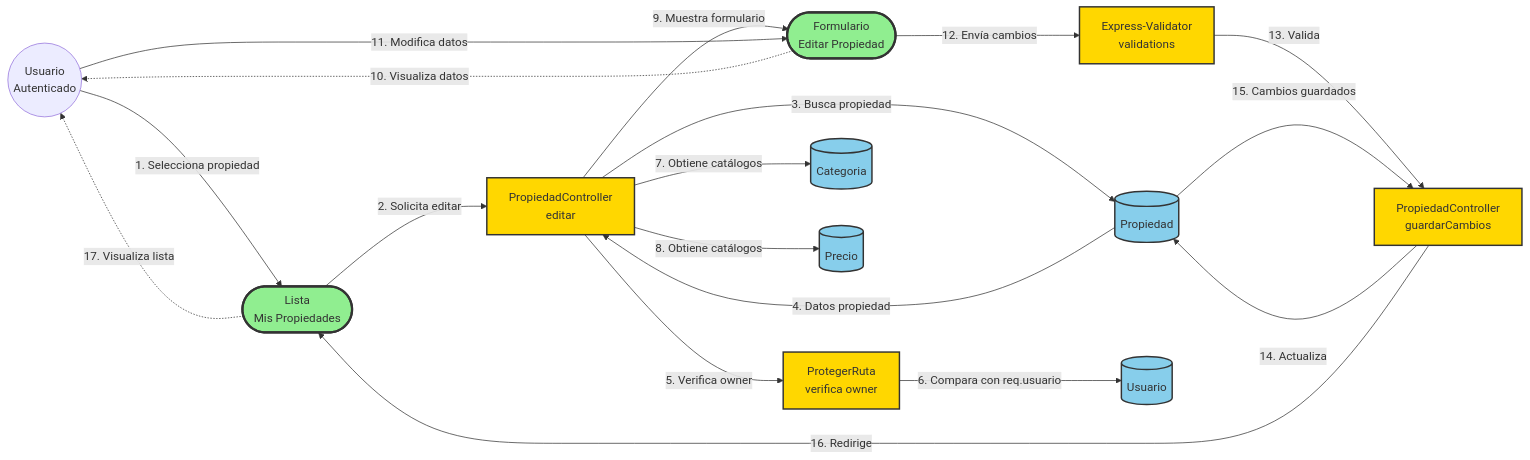
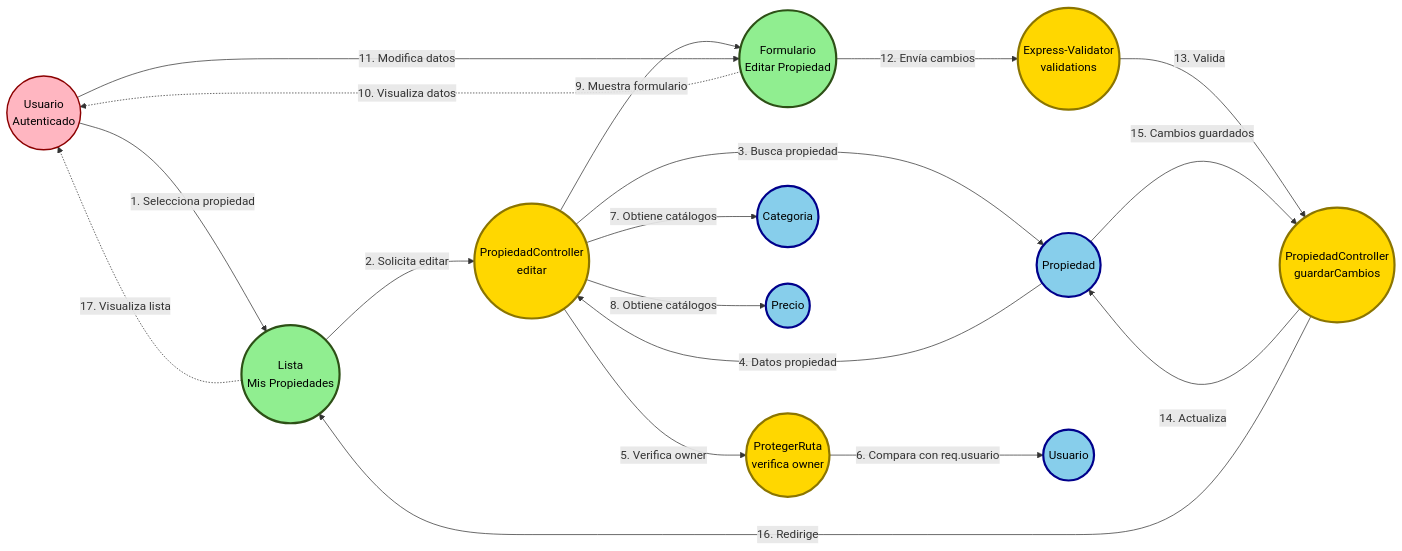
The fourth of 8 diagrams in diagrama-robustez.md (cgala/TFI_HybridParking), drawn with Mermaid before and after one commit. The commit also changed other lines of this file and 1 other file, not shown here.

First line of the commit message:
Refactor: Diagramas de robustez con elementos redondos y diseño horizontal

````diff
--- a/diagrama-robustez.md
+++ b/diagrama-robustez.md
@@ -175,46 +181,48 @@
 ```mermaid
 graph LR
     Actor((Usuario<br/>Autenticado))
 
-    %% Boundaries
-    FormEditar([Formulario<br/>Editar Propiedad])
-    ListaProp([Lista<br/>Mis Propiedades])
+    %% Boundaries - Círculos verdes
+    FormEditar((Formulario<br/>Editar Propiedad))
+    ListaProp((Lista<br/>Mis Propiedades))
 
-    %% Controls
-    EditarCtrl[PropiedadController<br/>editar]
-    GuardarCambiosCtrl[PropiedadController<br/>guardarCambios]
-    ValidarCtrl[Express-Validator<br/>validations]
-    ProtegerCtrl[ProtegerRuta<br/>verifica owner]
+    %% Controls - Círculos amarillos
+    EditarCtrl((PropiedadController<br/>editar))
+    GuardarCambiosCtrl((PropiedadController<br/>guardarCambios))
+    ValidarCtrl((Express-Validator<br/>validations))
+    ProtegerCtrl((ProtegerRuta<br/>verifica owner))
 
-    %% Entities
-    PropiedadEnt[(Propiedad)]
-    CategoriaEnt[(Categoria)]
-    PrecioEnt[(Precio)]
-    UsuarioEnt[(Usuario)]
+    %% Entities - Círculos azules
+    PropiedadEnt((Propiedad))
+    CategoriaEnt((Categoria))
+    PrecioEnt((Precio))
+    UsuarioEnt((Usuario))
 
     Actor -->|1. Selecciona propiedad| ListaProp
     ListaProp -->|2. Solicita editar| EditarCtrl
     EditarCtrl -->|3. Busca propiedad| PropiedadEnt
     PropiedadEnt -->|4. Datos propiedad| EditarCtrl
     EditarCtrl -->|5. Verifica owner| ProtegerCtrl
     ProtegerCtrl -->|6. Compara con req.usuario| UsuarioEnt
     EditarCtrl -->|7. Obtiene catálogos| CategoriaEnt
     EditarCtrl -->|8. Obtiene catálogos| PrecioEnt
     EditarCtrl -->|9. Muestra formulario| FormEditar
     FormEditar -.->|10. Visualiza datos| Actor
     Actor -->|11. Modifica datos| FormEditar
     FormEditar -->|12. Envía cambios| ValidarCtrl
     ValidarCtrl -->|13. Valida| GuardarCambiosCtrl
     GuardarCambiosCtrl -->|14. Actualiza| PropiedadEnt
     PropiedadEnt -->|15. Cambios guardados| GuardarCambiosCtrl
     GuardarCambiosCtrl -->|16. Redirige| ListaProp
     ListaProp -.->|17. Visualiza lista| Actor
 
-    classDef boundary fill:#90EE90,stroke:#333,stroke-width:3px
-    classDef control fill:#FFD700,stroke:#333,stroke-width:2px
-    classDef entity fill:#87CEEB,stroke:#333,stroke-width:2px
+    classDef boundary fill:#90EE90,stroke:#2d5016,stroke-width:3px,color:#000
+    classDef control fill:#FFD700,stroke:#8B7500,stroke-width:3px,color:#000
+    classDef entity fill:#87CEEB,stroke:#00008B,stroke-width:3px,color:#000
+    classDef actor fill:#FFB6C1,stroke:#8B0000,stroke-width:2px,color:#000
 
     class FormEditar,ListaProp boundary
     class EditarCtrl,GuardarCambiosCtrl,ValidarCtrl,ProtegerCtrl control
     class PropiedadEnt,CategoriaEnt,PrecioEnt,UsuarioEnt entity
+    class Actor actor
 ```
````
